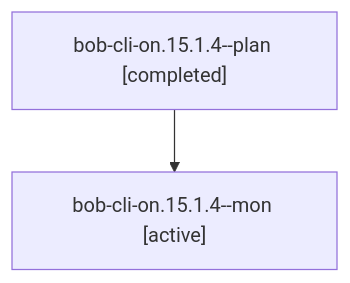
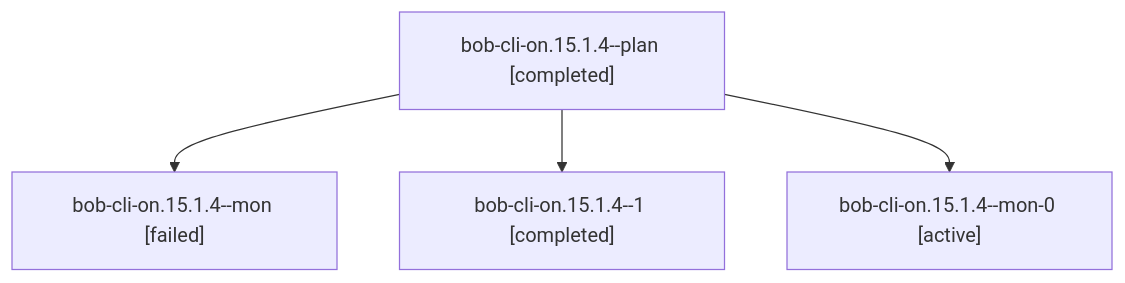
The diagram in sessions/bbugyi200.athena.bob-cli-on.15.1.4.md (bobs-org/bob-cli--agents), drawn with Mermaid before and after one commit. The commit also changed other lines of this file and 236 other files, not shown here.

````diff
--- a/sessions/bbugyi200.athena.bob-cli-on.15.1.4.md
+++ b/sessions/bbugyi200.athena.bob-cli-on.15.1.4.md
@@ -9,6 +9,10 @@
 ```mermaid
 flowchart TD
   n0["bob-cli-on.15.1.4--plan [completed]"]
-  n1["bob-cli-on.15.1.4--mon [active]"]
+  n1["bob-cli-on.15.1.4--mon [failed]"]
   n0 --> n1
+  n2["bob-cli-on.15.1.4--1 [completed]"]
+  n0 --> n2
+  n3["bob-cli-on.15.1.4--mon-0 [active]"]
+  n0 --> n3
 ```
````
